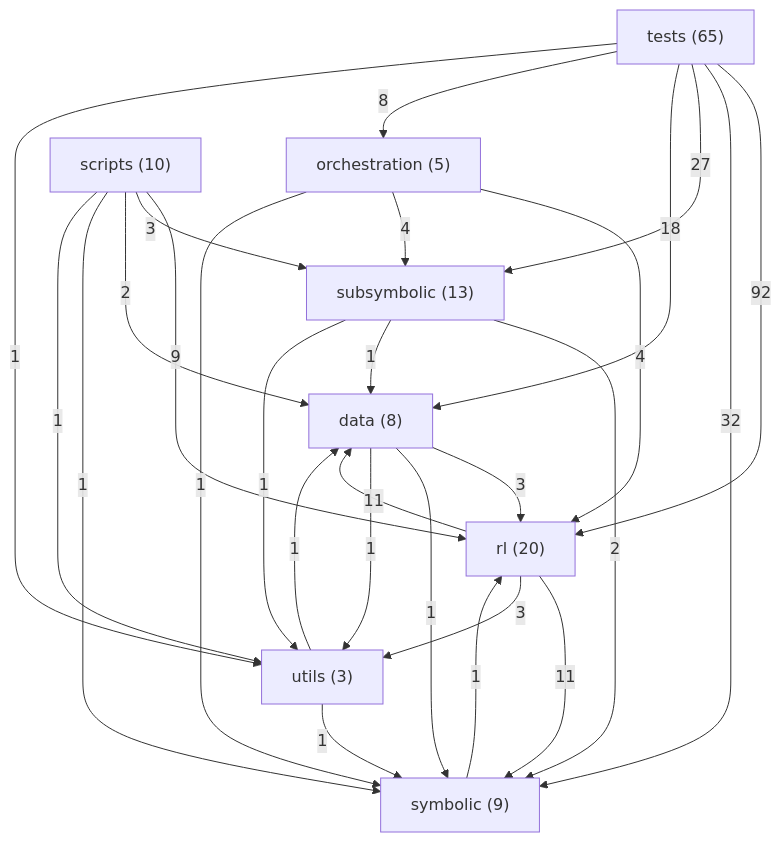
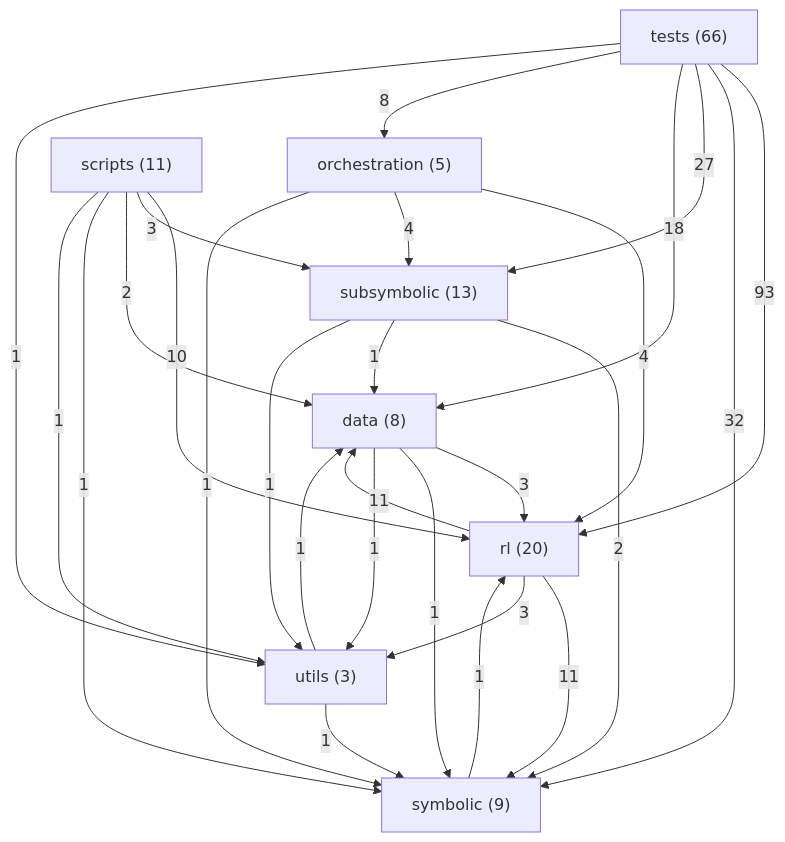
The diagram in ARCHITECTURE.md (danrd/ARC-AGI), drawn with Mermaid before and after one commit. The commit also changed other lines of this file and 2 other files, not shown here.

Commit message:
Census what the object search solves and what it leaves behind
For each task whose grids keep their size the search runs as hints_for runs
it, and the task is recorded as verified, solved on the first pair only, or
not solved with how far it got. For a task that got somewhere the grid the
furthest partial path reaches is laid against the answer and the cells still
wrong are described - painted, recoloured or erased; one region or many;
rectangles, lines or single cells - which says what the action vocabulary
lacks. One line per task, resumable.

Claude-Session: https://claude.ai/code/session_01AxUKUd9JPHao7rQPt3sTcu

````diff
--- a/ARCHITECTURE.md
+++ b/ARCHITECTURE.md
@@ -162,37 +162,37 @@
 ```mermaid
 graph TD
   data["data (8)"]
   orchestration["orchestration (5)"]
   rl["rl (20)"]
-  scripts["scripts (10)"]
+  scripts["scripts (11)"]
   subsymbolic["subsymbolic (13)"]
   symbolic["symbolic (9)"]
-  tests["tests (65)"]
+  tests["tests (66)"]
   utils["utils (3)"]
-  tests -->|92| rl
+  tests -->|93| rl
   tests -->|32| symbolic
   tests -->|27| subsymbolic
   tests -->|18| data
   rl -->|11| data
   rl -->|11| symbolic
-  scripts -->|9| rl
+  scripts -->|10| rl
   tests -->|8| orchestration
   orchestration -->|4| rl
   orchestration -->|4| subsymbolic
   data -->|3| rl
   rl -->|3| utils
   scripts -->|3| subsymbolic
   scripts -->|2| data
   subsymbolic -->|2| symbolic
   data -->|1| symbolic
   data -->|1| utils
   orchestration -->|1| symbolic
   scripts -->|1| symbolic
   scripts -->|1| utils
   subsymbolic -->|1| data
   subsymbolic -->|1| utils
   symbolic -->|1| rl
   tests -->|1| utils
   utils -->|1| data
   utils -->|1| symbolic
 ```
````
